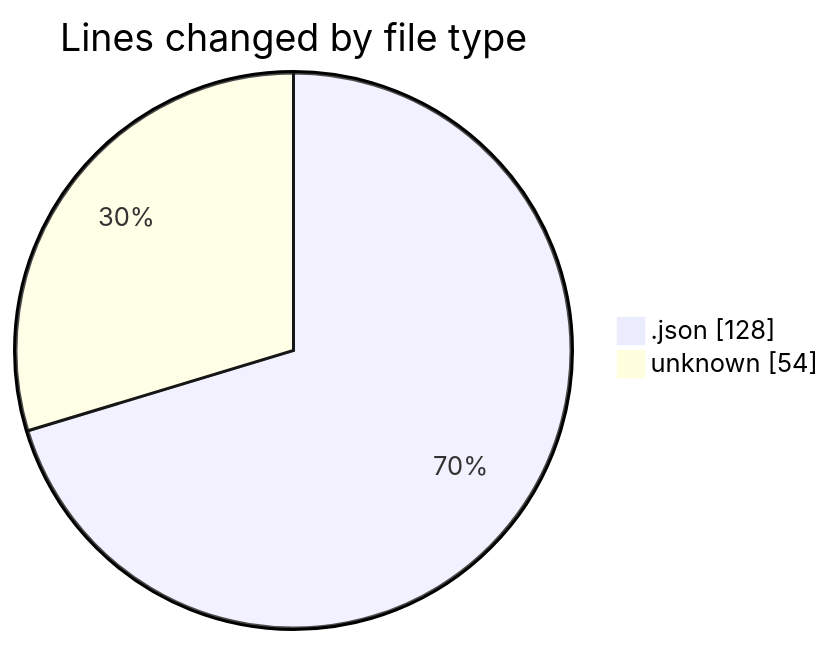
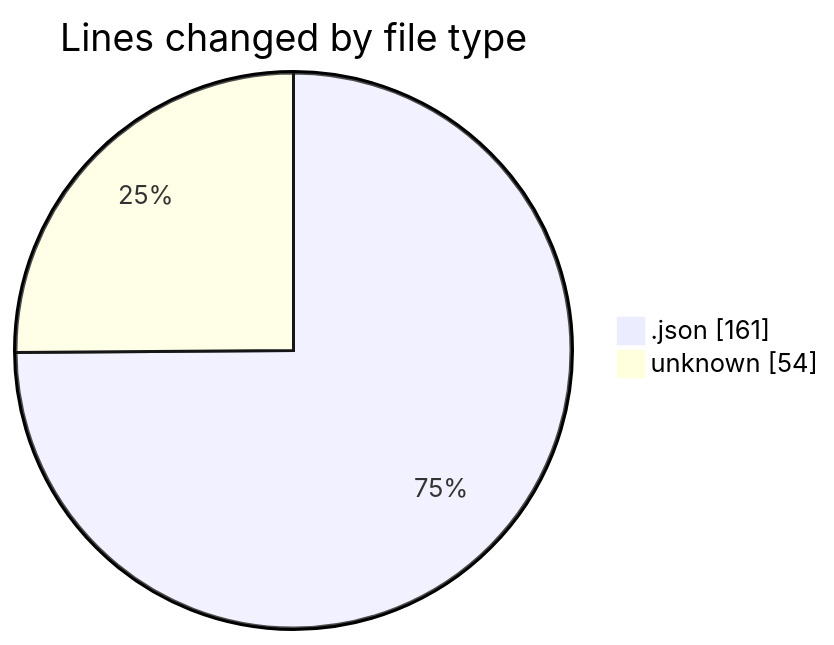
One commit to EIIisD/code-tracking changed the first of 2 diagrams in 2025-07-24/_claude/README.md. Above: the diagram before and after it, drawn with Mermaid. The commit also changed other lines of this file and 1 other file, not shown here.

````diff
--- a/2025-07-24/_claude/README.md
+++ b/2025-07-24/_claude/README.md
@@ -23,6 +23,6 @@
 ```mermaid
 pie showData
 title Lines changed by file type
-".json" : 128
+".json" : 161
 "unknown" : 54
 ```
````
